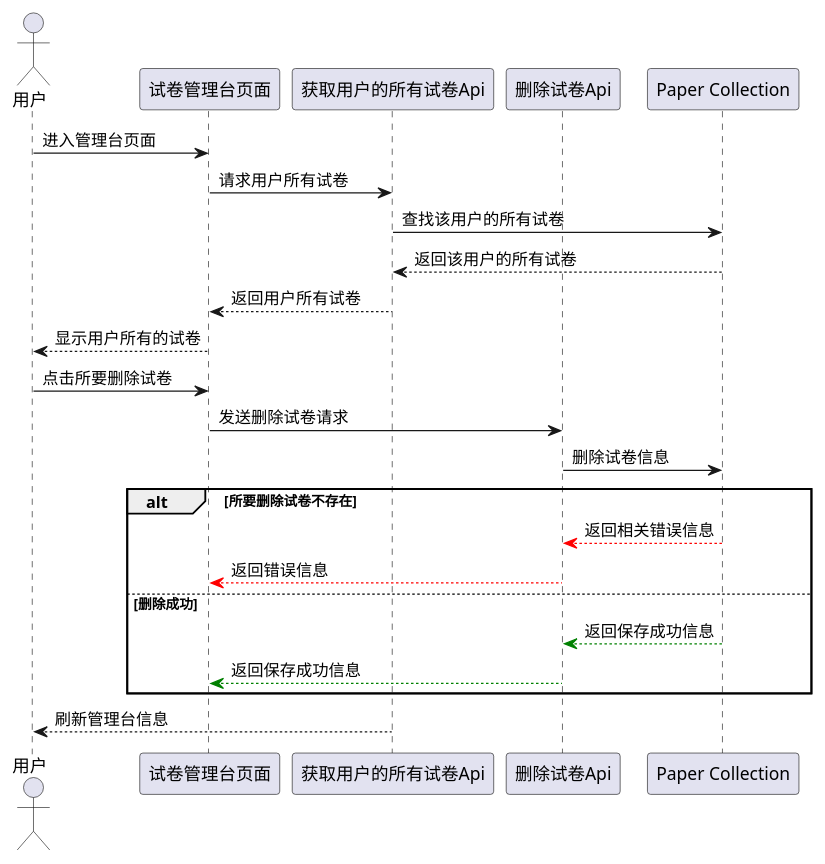
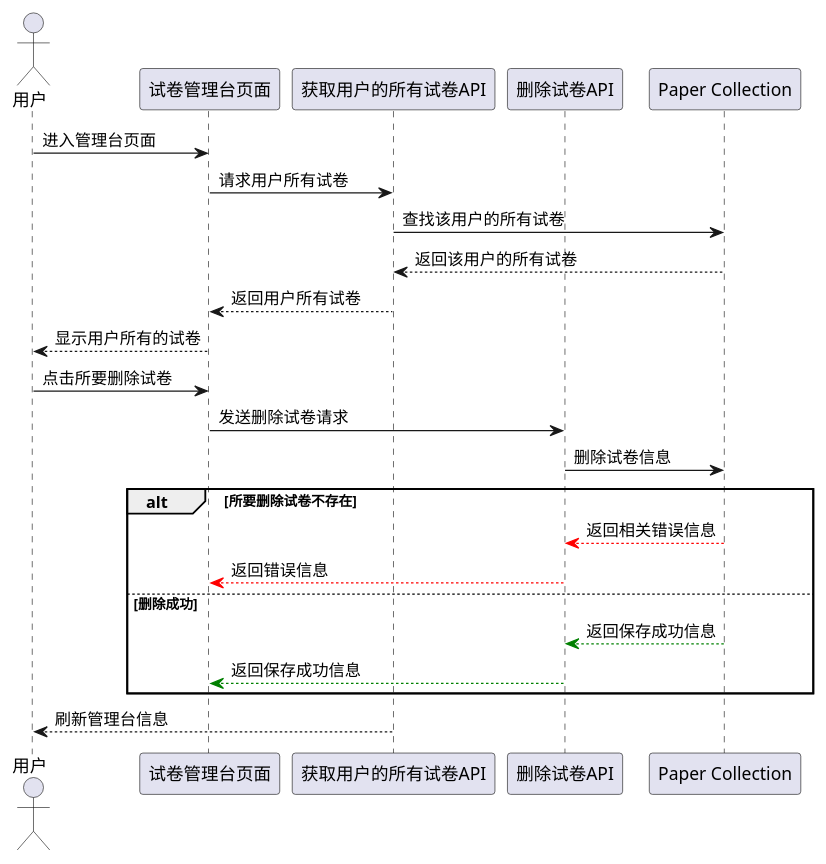
One commit to ringoyungpo/cetutor-doc changed the tenth of 15 diagrams in cetutor.md. Above: the diagram before and after it, drawn with PlantUML. The commit also changed other lines of this file, not shown here.

````diff
--- a/cetutor.md
+++ b/cetutor.md
@@ -655,26 +656,26 @@
 ```puml
 actor 用户 as A
 participant "试卷管理台页面" as B
-participant "获取用户的所有试卷Api" as C
-participant "删除试卷Api" as D
+participant "获取用户的所有试卷API" as C
+participant "删除试卷API" as D
 participant "Paper Collection" as E
 
 A -> B: 进入管理台页面
 B -> C: 请求用户所有试卷
 C -> E: 查找该用户的所有试卷
 C <-- E: 返回该用户的所有试卷
 B <-- C: 返回用户所有试卷
 A <-- B: 显示用户所有的试卷
 
 A -> B: 点击所要删除试卷
 B -> D: 发送删除试卷请求
 D -> E: 删除试卷信息
 alt 所要删除试卷不存在
 	D <[#red]-- E : 返回相关错误信息
 	B <[#red]-- D : 返回错误信息
 else 删除成功
 	D <[#green]-- E: 返回保存成功信息
 	B <[#green]-- D: 返回保存成功信息
 end
 A <-- C: 刷新管理台信息
 ```
````
